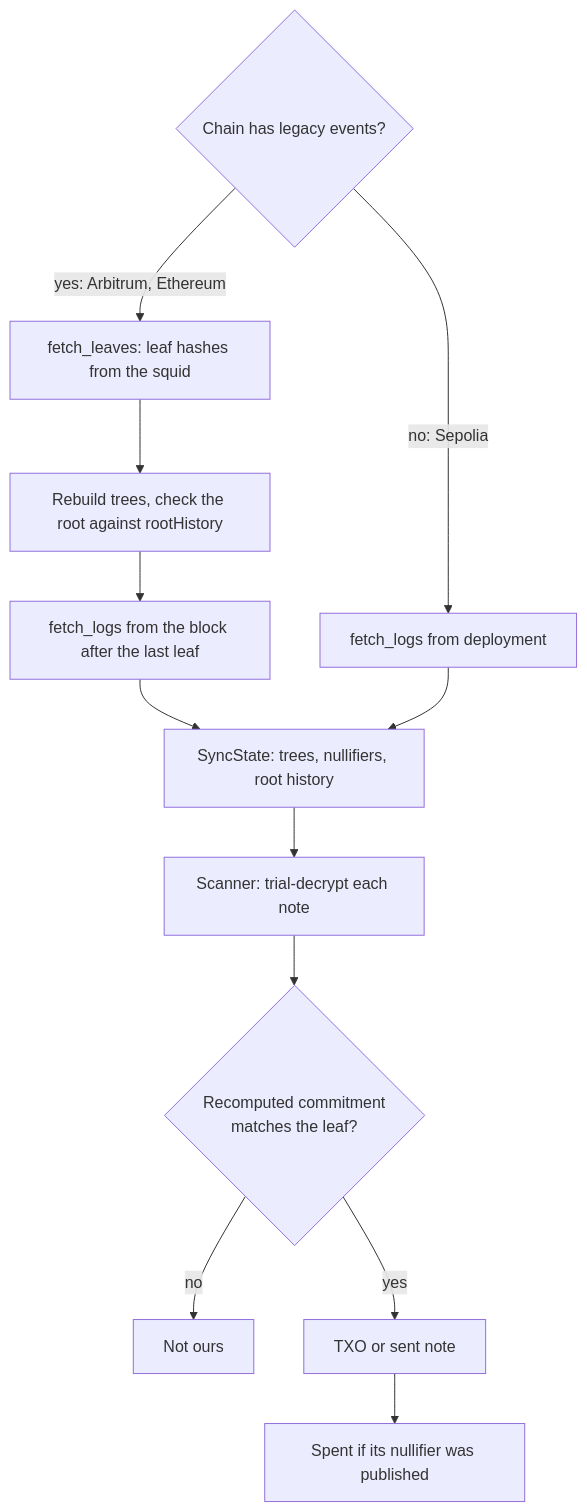
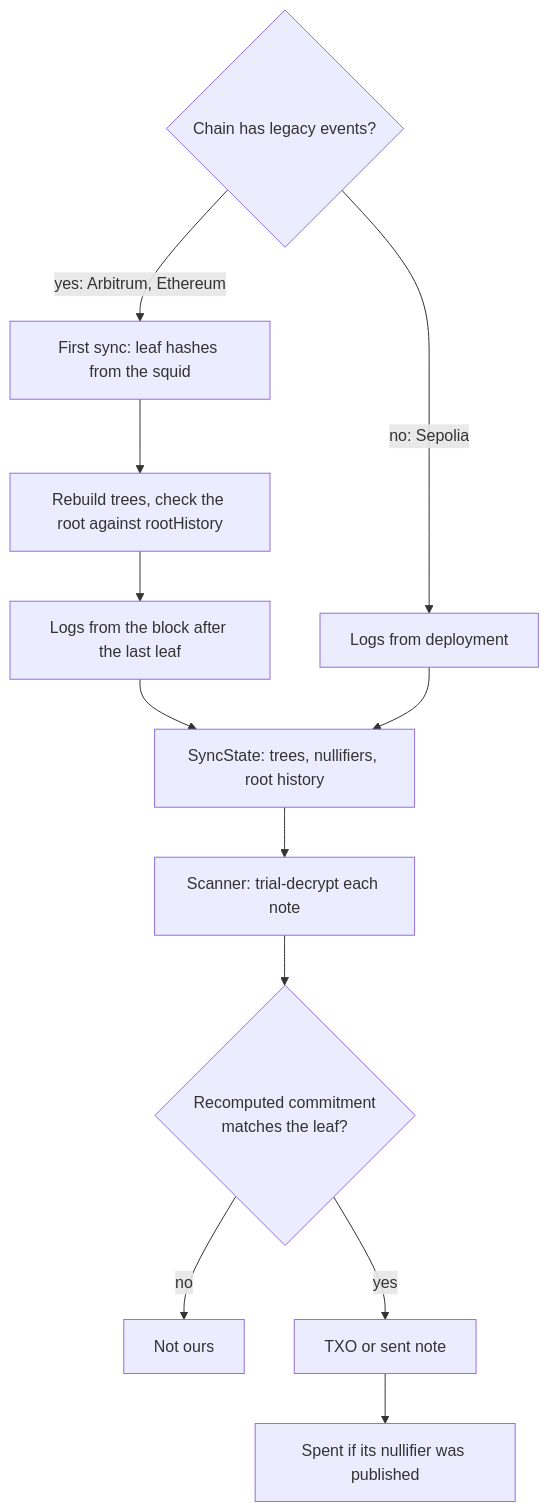
Before and after one commit to hewigovens/railgun.rs: the third of 5 diagrams in docs/architecture.md, drawn with Mermaid. The commit also changed other lines of this file and 19 other files, not shown here.

````diff
--- a/docs/architecture.md
+++ b/docs/architecture.md
@@ -72,15 +78,15 @@
 ```mermaid
 flowchart TD
     A{"Chain has legacy events?"}
-    A -->|"yes: Arbitrum, Ethereum"| B["fetch_leaves: leaf hashes from the squid"]
+    A -->|"yes: Arbitrum, Ethereum"| B["First sync: leaf hashes from the squid"]
     B --> C["Rebuild trees, check the root against rootHistory"]
-    C --> D["fetch_logs from the block after the last leaf"]
-    A -->|"no: Sepolia"| E["fetch_logs from deployment"]
+    C --> D["Logs from the block after the last leaf"]
+    A -->|"no: Sepolia"| E["Logs from deployment"]
     D --> F["SyncState: trees, nullifiers, root history"]
     E --> F
     F --> G["Scanner: trial-decrypt each note"]
     G --> H{"Recomputed commitment<br/>matches the leaf?"}
     H -->|no| I["Not ours"]
     H -->|yes| J["TXO or sent note"]
     J --> K["Spent if its nullifier was published"]
 ```
````
